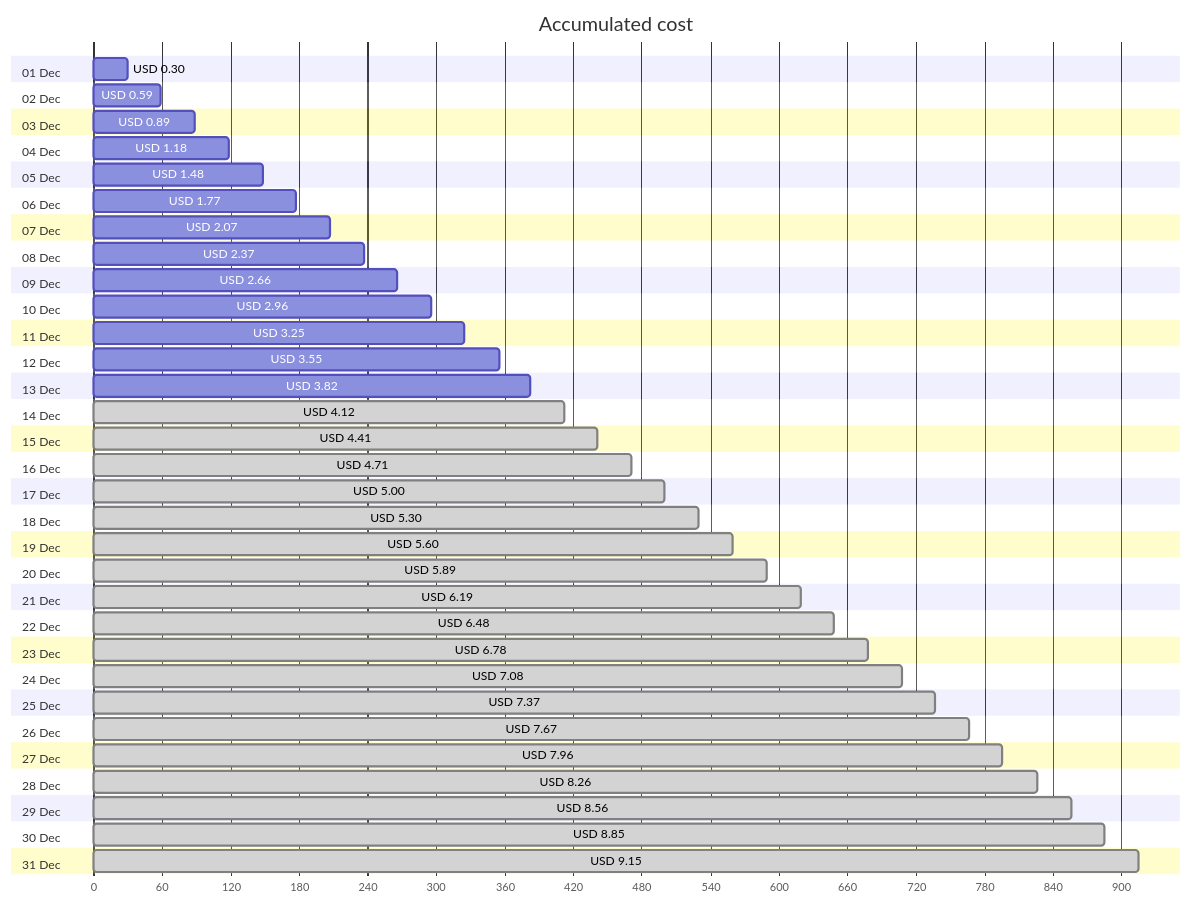
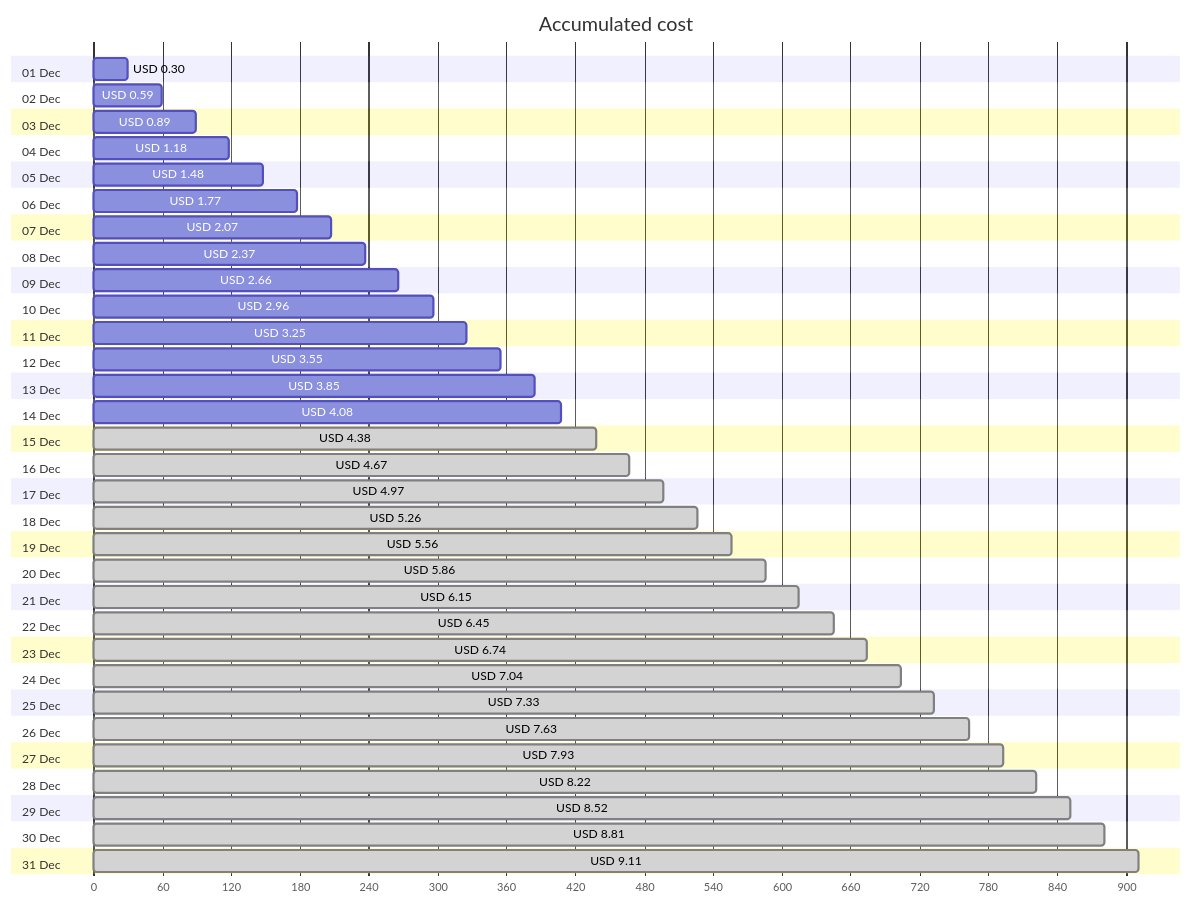
One commit to jpfulton/azure-personal-reports changed the first of 4 diagrams in cost-reports/personal-site/personal-site-preview.md. Above: the diagram before and after it, drawn with Mermaid. The commit also changed other lines of this file and 6 other files, not shown here.

````diff
--- a/cost-reports/personal-site/personal-site-preview.md
+++ b/cost-reports/personal-site/personal-site-preview.md
@@ -20,68 +20,68 @@
 ```mermaid
 gantt
    title Accumulated cost
    dateFormat  X
    axisFormat %s
    section 01 Dec
    USD 0.30 :0, 30
    section 02 Dec
    USD 0.59 :0, 59
    section 03 Dec
    USD 0.89 :0, 89
    section 04 Dec
    USD 1.18 :0, 118
    section 05 Dec
    USD 1.48 :0, 148
    section 06 Dec
    USD 1.77 :0, 177
    section 07 Dec
    USD 2.07 :0, 207
    section 08 Dec
    USD 2.37 :0, 237
    section 09 Dec
    USD 2.66 :0, 266
    section 10 Dec
    USD 2.96 :0, 296
    section 11 Dec
    USD 3.25 :0, 325
    section 12 Dec
    USD 3.55 :0, 355
    section 13 Dec
-   USD 3.82 :0, 382
+   USD 3.85 :0, 385
    section 14 Dec
-   USD 4.12 : done, 0, 412
+   USD 4.08 :0, 408
    section 15 Dec
-   USD 4.41 : done, 0, 441
+   USD 4.38 : done, 0, 438
    section 16 Dec
-   USD 4.71 : done, 0, 471
+   USD 4.67 : done, 0, 467
    section 17 Dec
-   USD 5.00 : done, 0, 500
+   USD 4.97 : done, 0, 497
    section 18 Dec
-   USD 5.30 : done, 0, 530
+   USD 5.26 : done, 0, 526
    section 19 Dec
-   USD 5.60 : done, 0, 560
+   USD 5.56 : done, 0, 556
    section 20 Dec
-   USD 5.89 : done, 0, 589
+   USD 5.86 : done, 0, 586
    section 21 Dec
-   USD 6.19 : done, 0, 619
+   USD 6.15 : done, 0, 615
    section 22 Dec
-   USD 6.48 : done, 0, 648
+   USD 6.45 : done, 0, 645
    section 23 Dec
-   USD 6.78 : done, 0, 678
+   USD 6.74 : done, 0, 674
    section 24 Dec
-   USD 7.08 : done, 0, 708
+   USD 7.04 : done, 0, 704
    section 25 Dec
-   USD 7.37 : done, 0, 737
+   USD 7.33 : done, 0, 733
    section 26 Dec
-   USD 7.67 : done, 0, 767
+   USD 7.63 : done, 0, 763
    section 27 Dec
-   USD 7.96 : done, 0, 796
+   USD 7.93 : done, 0, 793
    section 28 Dec
-   USD 8.26 : done, 0, 826
+   USD 8.22 : done, 0, 822
    section 29 Dec
-   USD 8.56 : done, 0, 856
+   USD 8.52 : done, 0, 852
    section 30 Dec
-   USD 8.85 : done, 0, 885
+   USD 8.81 : done, 0, 881
    section 31 Dec
-   USD 9.15 : done, 0, 915
+   USD 9.11 : done, 0, 911
 ```
````
